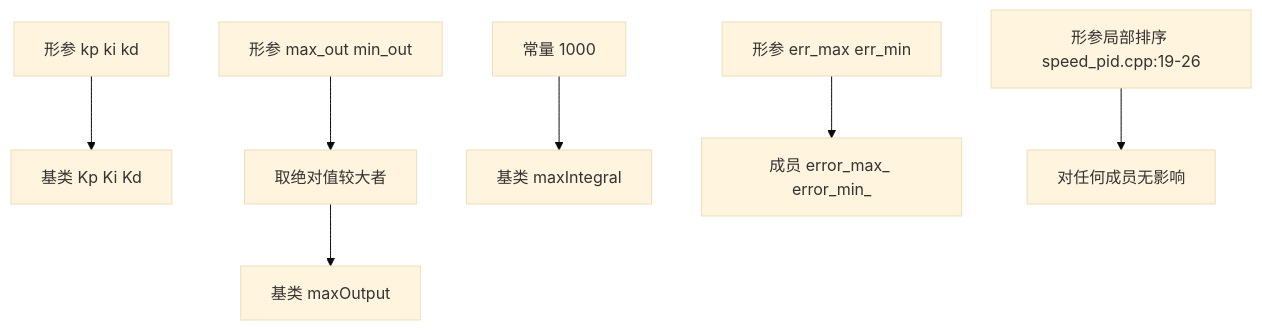
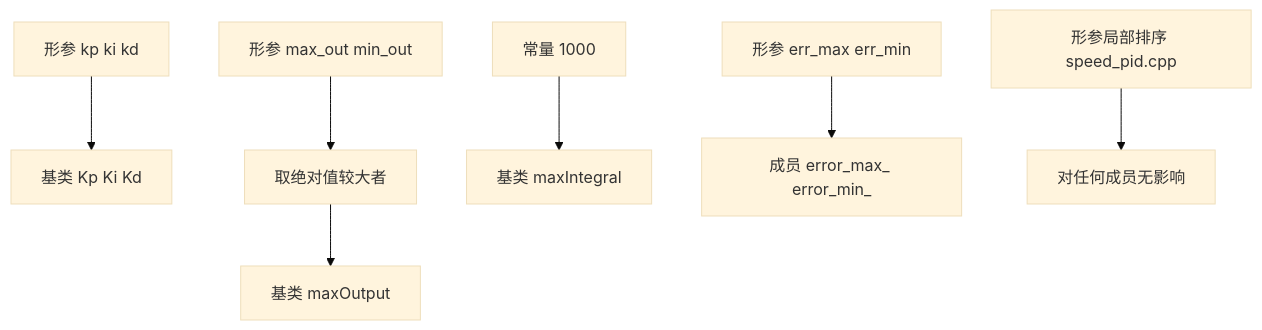
The second of 2 diagrams in docs/06-PID 控制/02-速度环/03-SpeedPID实现.md (TC635807/TC63PersonalWebsite), drawn with Mermaid (base theme) before and after one commit. The commit also changed other lines of this file and 563 other files, not shown here.

````diff
--- a/docs/06-PID 控制/02-速度环/03-SpeedPID实现.md
+++ b/docs/06-PID 控制/02-速度环/03-SpeedPID实现.md
@@ -77,9 +77,9 @@
 ```mermaid
 flowchart TD
-  A1["形参 kp ki kd"] --> M1["基类 Kp Ki Kd"]
-  A2["形参 max_out min_out"] --> C1["取绝对值较大者"]
-  C1 --> M2["基类 maxOutput"]
-  A3["常量 1000"] --> M3["基类 maxIntegral"]
-  A4["形参 err_max err_min"] --> M4["成员 error_max_ error_min_"]
-  A5["形参局部排序 speed_pid.cpp:19-26"] --> X1["对任何成员无影响"]
+ A1["形参 kp ki kd"] --> M1["基类 Kp Ki Kd"]
+ A2["形参 max_out min_out"] --> C1["取绝对值较大者"]
+ C1 --> M2["基类 maxOutput"]
+ A3["常量 1000"] --> M3["基类 maxIntegral"]
+ A4["形参 err_max err_min"] --> M4["成员 error_max_ error_min_"]
+ A5["形参局部排序 speed_pid.cpp"] --> X1["对任何成员无影响"]
 ```
````
